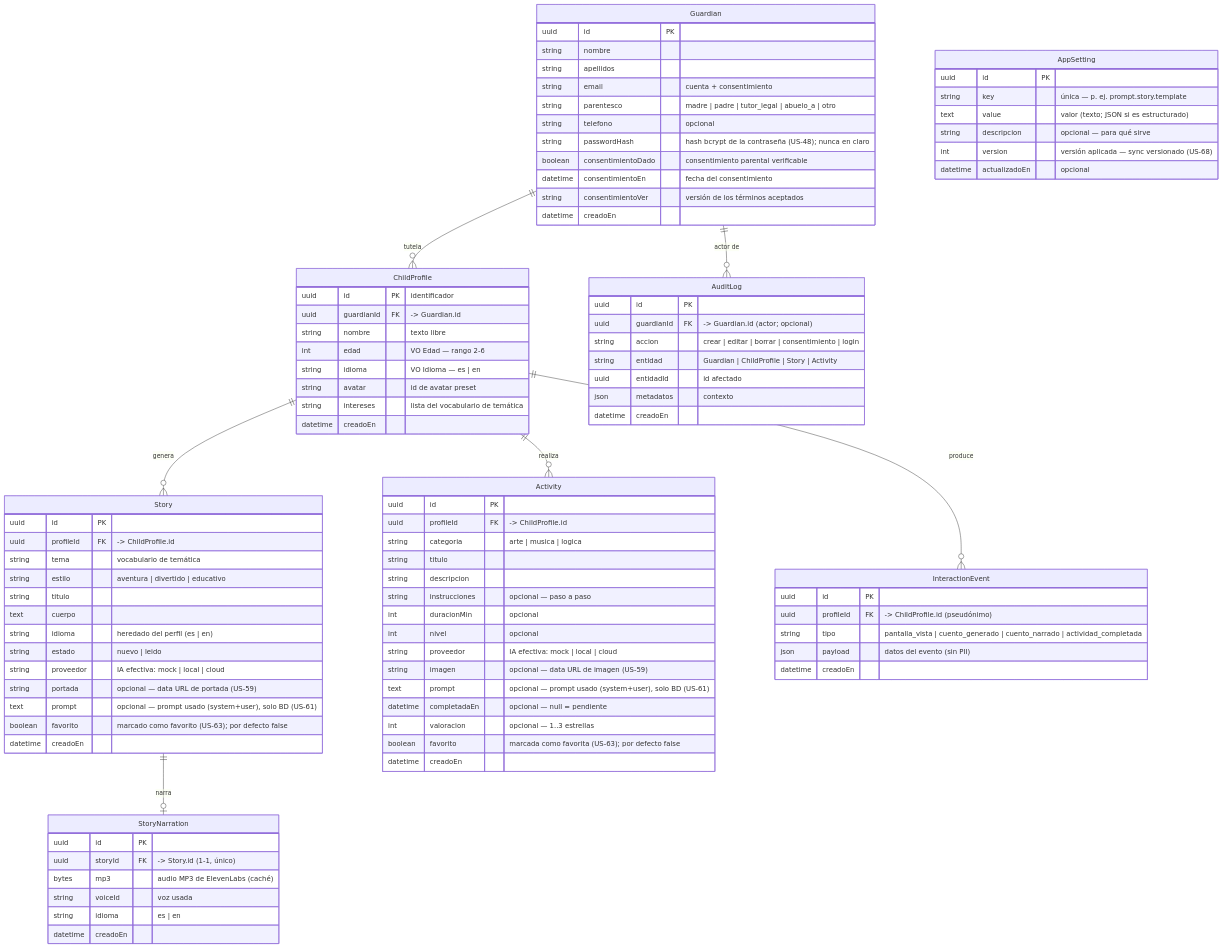
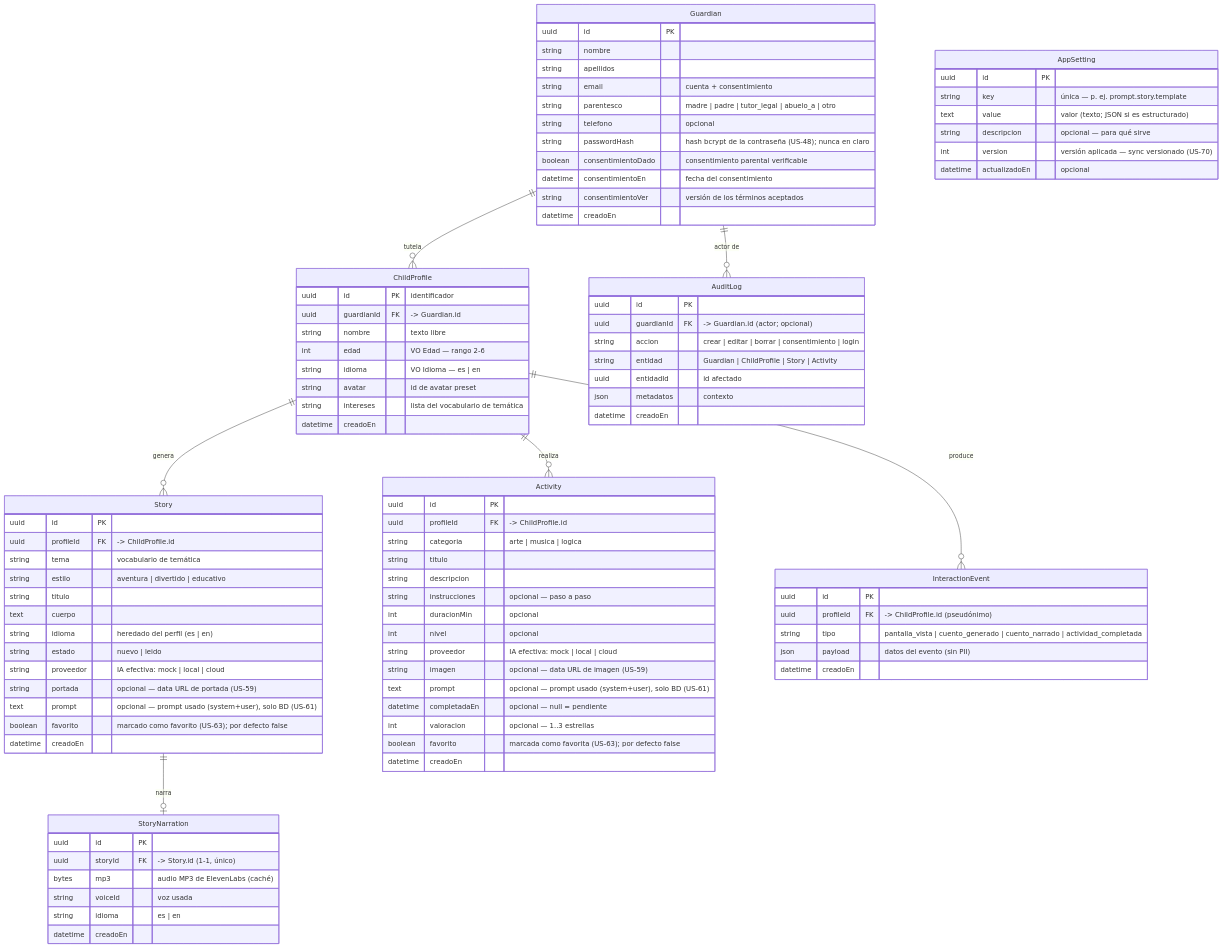
Before and after one commit to Mithor86-2/magyblobapp: the diagram in Docs/modelo-datos.md, drawn with Mermaid. The commit also changed other lines of this file and 14 other files, not shown here.

````diff
--- a/Docs/modelo-datos.md
+++ b/Docs/modelo-datos.md
@@ -111,7 +111,7 @@
         string   key           "única — p. ej. prompt.story.template"
         text     value         "valor (texto; JSON si es estructurado)"
         string   descripcion   "opcional — para qué sirve"
-        int      version       "versión aplicada — sync versionado (US-68)"
+        int      version       "versión aplicada — sync versionado (US-70)"
         datetime actualizadoEn "opcional"
     }
 ```
````
